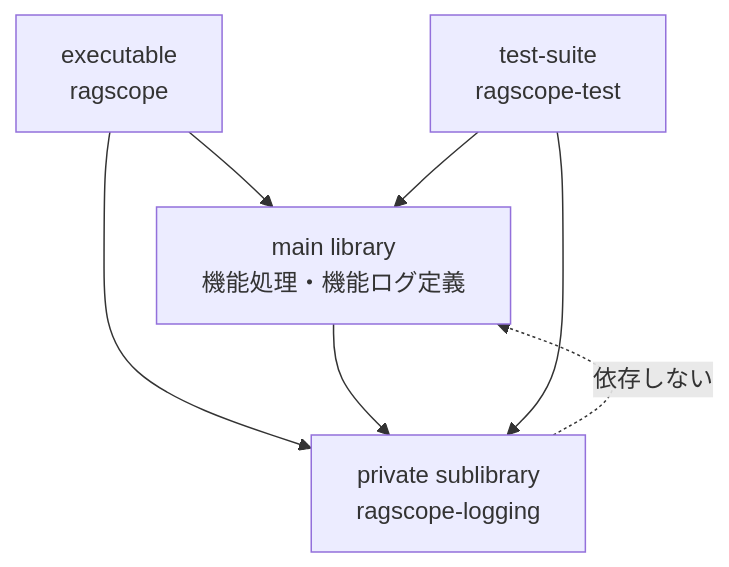
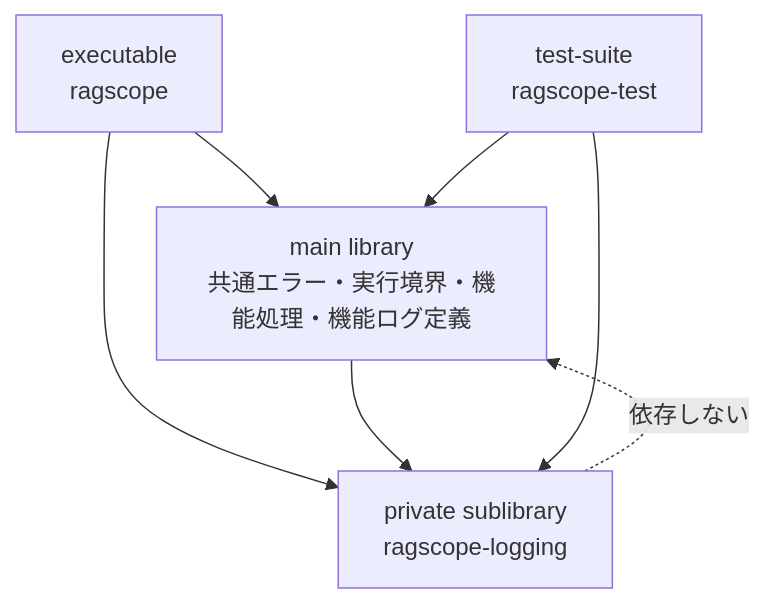
Before and after one commit to takashit16833/RAGScope: the first of 3 diagrams in project-docs/design/構造化ログ詳細設計.md, drawn with Mermaid. The commit also changed other lines of this file and 2 other files, not shown here.

````diff
--- a/project-docs/design/構造化ログ詳細設計.md
+++ b/project-docs/design/構造化ログ詳細設計.md
@@ -15,14 +15,14 @@
 ```mermaid
 flowchart TD
     Exec["executable<br>ragscope"]
-    MainLib["main library<br>機能処理・機能ログ定義"]
+    MainLib["main library<br>共通エラー・実行境界・機能処理・機能ログ定義"]
     SubLib["private sublibrary<br>ragscope-logging"]
     Test["test-suite<br>ragscope-test"]
 
     Exec --> MainLib
     Exec --> SubLib
     MainLib --> SubLib
     Test --> MainLib
     Test --> SubLib
     SubLib -.->|"依存しない"| MainLib
 ```
````
